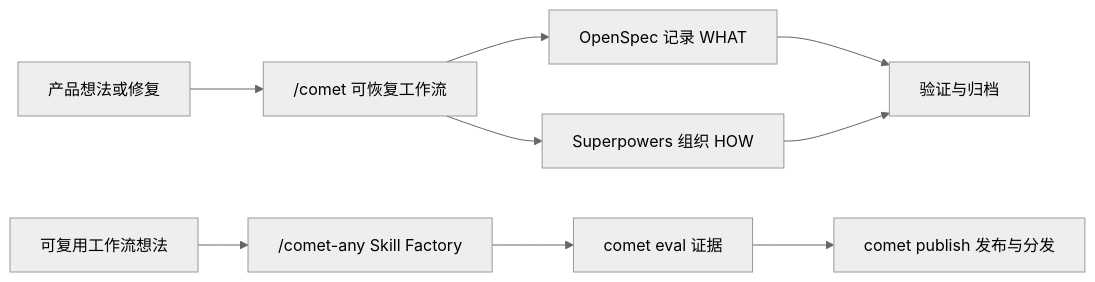
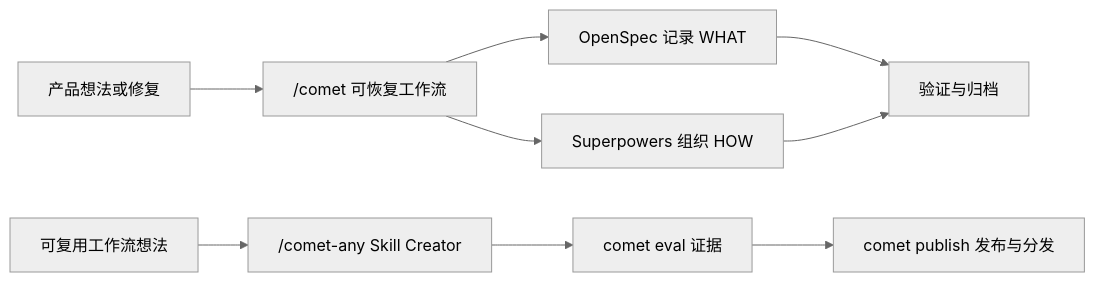
The diagram in zh/introduction.mdx (rpamis/comet-website-docs), drawn with Mermaid (neutral theme) before and after one commit. The commit also changed other lines of this file and 36 other files, not shown here.

Commit message:
docs: sync Comet Skill Creator workflow

````diff
--- a/zh/introduction.mdx
+++ b/zh/introduction.mdx
@@ -22,11 +22,11 @@
 ```mermaid
 flowchart LR
   A["产品想法或修复"] --> B["/comet 可恢复工作流"]
   B --> C["OpenSpec 记录 WHAT"]
   B --> D["Superpowers 组织 HOW"]
   C --> E["验证与归档"]
   D --> E
-  F["可复用工作流想法"] --> G["/comet-any Skill Factory"]
+  F["可复用工作流想法"] --> G["/comet-any Skill Creator"]
   G --> H["comet eval 证据"]
   H --> I["comet publish 发布与分发"]
 ```
````
